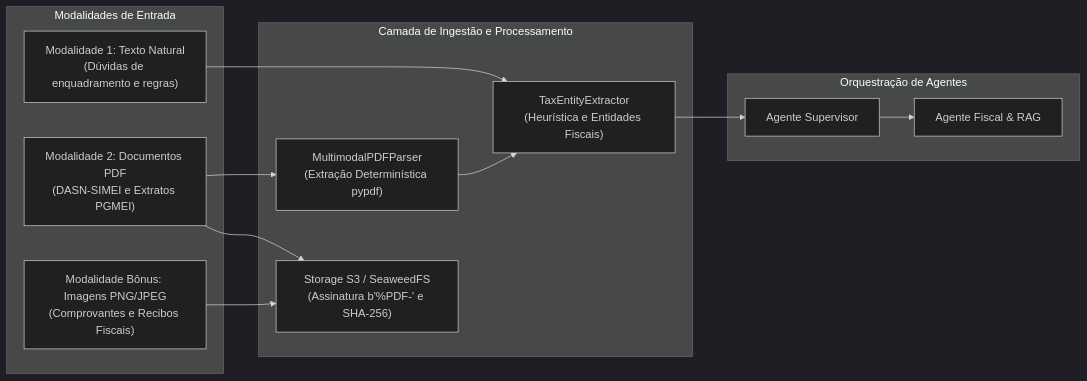
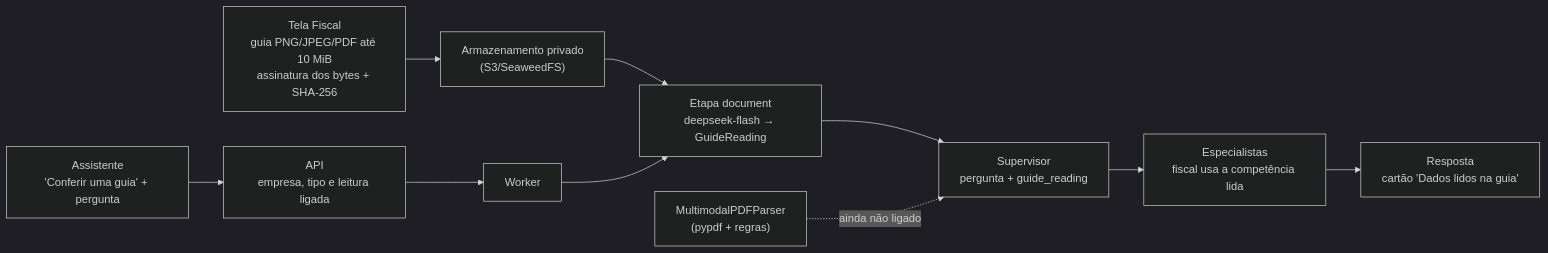
The diagram in docs/arquitetura/multimodal-limitacoes-e-mitigacoes.md (ingrdsoares/RES-IA-Challenge-2), drawn with Mermaid (dark theme) before and after one commit. The commit also changed other lines of this file and 2 other files, not shown here.

First line of the commit message:
docs(entrega): assistente multimodal com medições reais e documentação corrigida

````diff
--- a/docs/arquitetura/multimodal-limitacoes-e-mitigacoes.md
+++ b/docs/arquitetura/multimodal-limitacoes-e-mitigacoes.md
@@ -26,25 +22,11 @@
 ```mermaid
 flowchart LR
-    subgraph Entradas["Modalidades de Entrada"]
-        T["Modalidade 1: Texto Natural\n(Dúvidas de enquadramento e regras)"]
-        P["Modalidade 2: Documentos PDF\n(DASN-SIMEI e Extratos PGMEI)"]
-        I["Modalidade Bônus: Imagens PNG/JPEG\n(Comprovantes e Recibos Fiscais)"]
-    end
-
-    subgraph Processamento["Camada de Ingestão e Processamento"]
-        Parser["MultimodalPDFParser\n(Extração Determinística pypdf)"]
-        Extractor["TaxEntityExtractor\n(Heurística e Entidades Fiscais)"]
-        S3Storage["Storage S3 / SeaweedFS\n(Assinatura b'%PDF-' e SHA-256)"]
-    end
-
-    subgraph Agentes["Orquestração de Agentes"]
-        Sup["Agente Supervisor"]
-        Fiscal["Agente Fiscal & RAG"]
-    end
-
-    T --> Extractor
-    P --> Parser --> Extractor
-    P --> S3Storage
-    I --> S3Storage
-    Extractor --> Sup --> Fiscal
+    F["Tela Fiscal\nguia PNG/JPEG/PDF até 10 MiB\nassinatura dos bytes + SHA-256"] --> S3["Armazenamento privado\n(S3/SeaweedFS)"]
+    A["Assistente\n'Conferir uma guia' + pergunta"] --> API["API\nempresa, tipo e leitura ligada"]
+    API --> W["Worker"]
+    S3 --> D["Etapa document\ndeepseek-flash → GuideReading"]
+    W --> D --> P["Supervisor\npergunta + guide_reading"]
+    P --> E["Especialistas\nfiscal usa a competência lida"]
+    E --> R["Resposta\ncartão 'Dados lidos na guia'"]
+    PDF["MultimodalPDFParser\n(pypdf + regras)"] -. ainda não ligado .-> P
 ```
````
